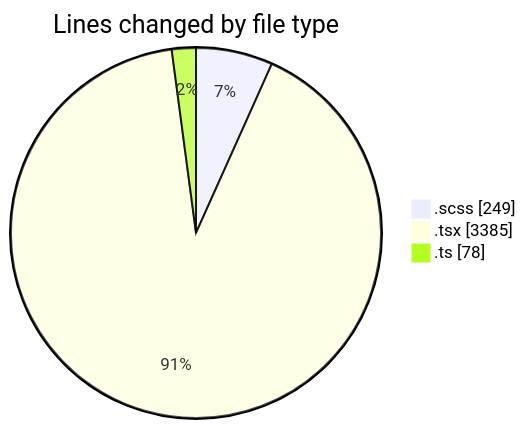
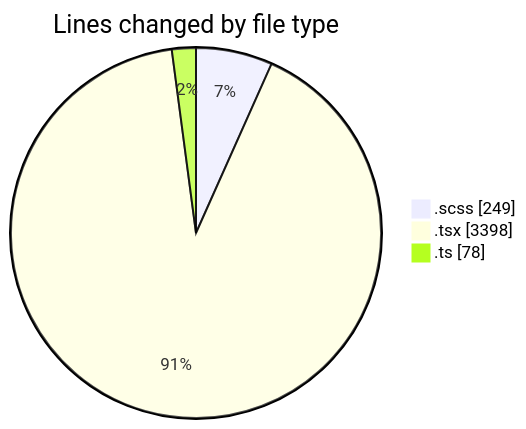
Before and after one commit to momahboobian/code-tracking: the first of 2 diagrams in 2025-09-26/cda/README.md, drawn with Mermaid. The commit also changed other lines of this file and 1 other file, not shown here.

````diff
--- a/2025-09-26/cda/README.md
+++ b/2025-09-26/cda/README.md
@@ -24,7 +24,7 @@
 ```mermaid
 pie showData
 title Lines changed by file type
 ".scss" : 249
-".tsx" : 3385
+".tsx" : 3398
 ".ts" : 78
 ```
````
